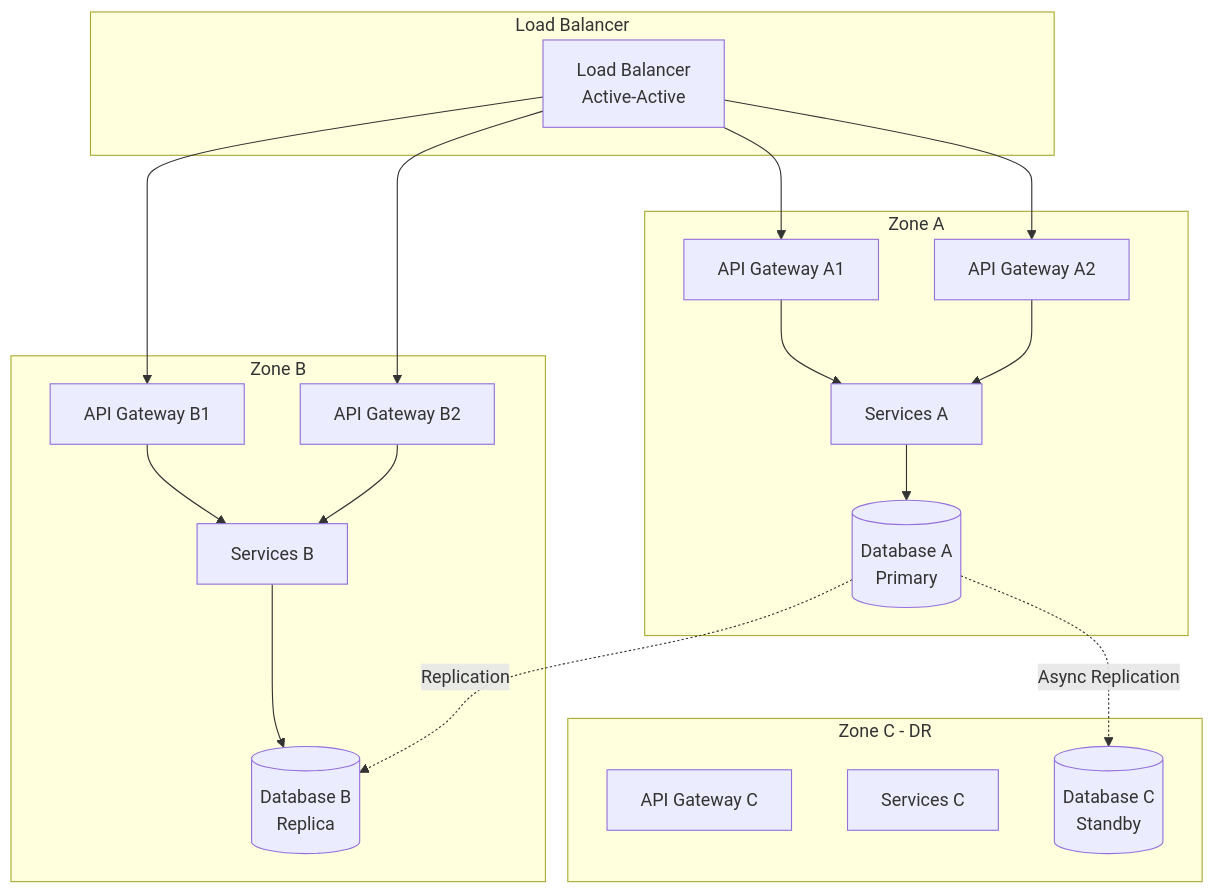
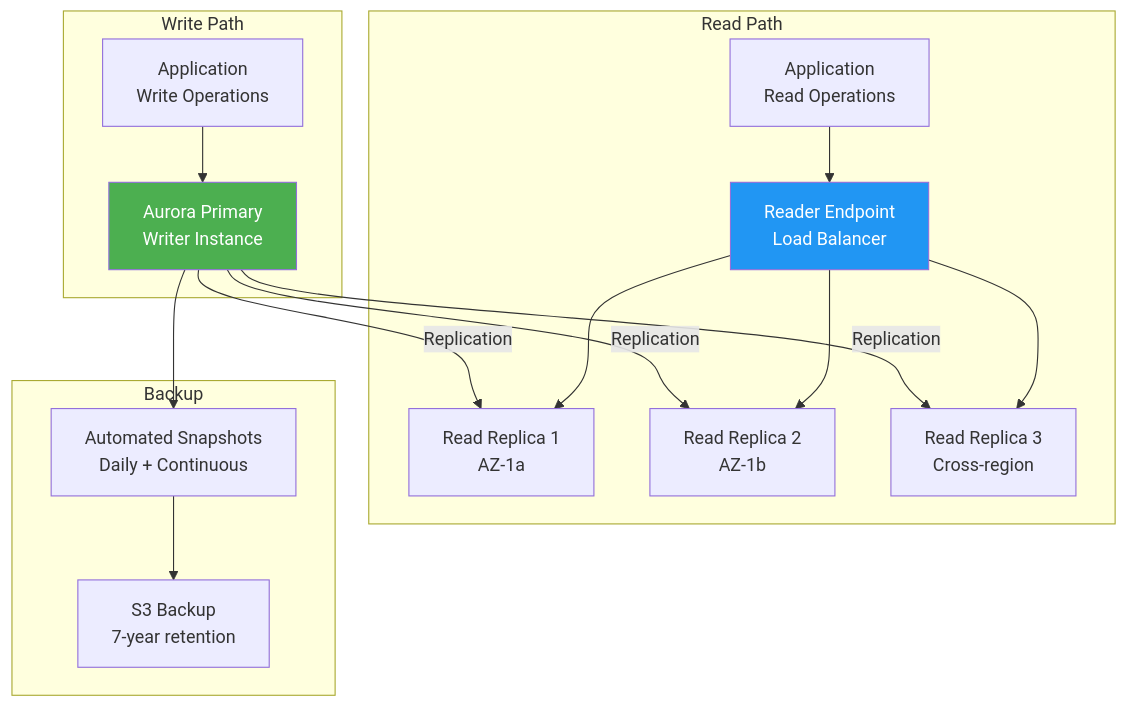
The fourth of 18 diagrams in 10-Van-hanh-va-NFR.md (huuhoait/openbanking-vn-specs), drawn with Mermaid before and after one commit. The commit also changed other lines of this file and 14 other files, not shown here.

````diff
--- a/10-Van-hanh-va-NFR.md
+++ b/10-Van-hanh-va-NFR.md
@@ -75,42 +130,36 @@
 ```mermaid
 graph TB
-    subgraph "Load Balancer"
-        LB[Load Balancer<br/>Active-Active]
+    subgraph "Write Path"
+        App_W[Application<br/>Write Operations]
+        Primary[Aurora Primary<br/>Writer Instance]
     end
     
-    subgraph "Zone A"
-        API_A1[API Gateway A1]
-        API_A2[API Gateway A2]
-        Service_A[Services A]
-        DB_A[(Database A<br/>Primary)]
+    subgraph "Read Path"
+        App_R[Application<br/>Read Operations]
+        Reader_LB[Reader Endpoint<br/>Load Balancer]
+        Replica1[Read Replica 1<br/>AZ-1a]
+        Replica2[Read Replica 2<br/>AZ-1b]
+        Replica3[Read Replica 3<br/>Cross-region]
     end
     
-    subgraph "Zone B"
-        API_B1[API Gateway B1]
-        API_B2[API Gateway B2]
-        Service_B[Services B]
-        DB_B[(Database B<br/>Replica)]
+    subgraph "Backup"
+        Snapshot[Automated Snapshots<br/>Daily + Continuous]
+        S3[S3 Backup<br/>7-year retention]
     end
     
-    subgraph "Zone C - DR"
-        API_C[API Gateway C]
-        Service_C[Services C]
-        DB_C[(Database C<br/>Standby)]
-    end
+    App_W --> Primary
+    Primary -->|Replication| Replica1
+    Primary -->|Replication| Replica2
+    Primary -->|Replication| Replica3
     
-    LB --> API_A1
-    LB --> API_A2
-    LB --> API_B1
-    LB --> API_B2
+    App_R --> Reader_LB
+    Reader_LB --> Replica1
+    Reader_LB --> Replica2
+    Reader_LB --> Replica3
     
-    API_A1 --> Service_A
-    API_A2 --> Service_A
-    Service_A --> DB_A
+    Primary --> Snapshot
+    Snapshot --> S3
     
-    API_B1 --> Service_B
-    API_B2 --> Service_B
-    Service_B --> DB_B
-    
-    DB_A -.->|Replication| DB_B
-    DB_A -.->|Async Replication| DB_C
+    style Primary fill:#4caf50,color:#fff
+    style Reader_LB fill:#2196f3,color:#fff
 ```
````
